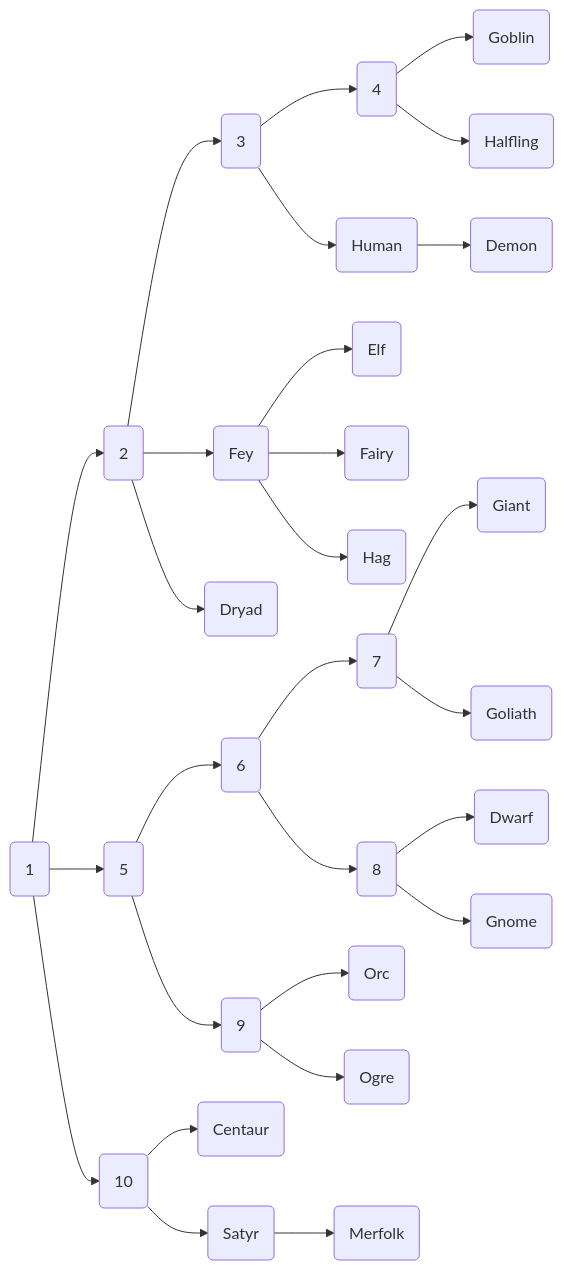
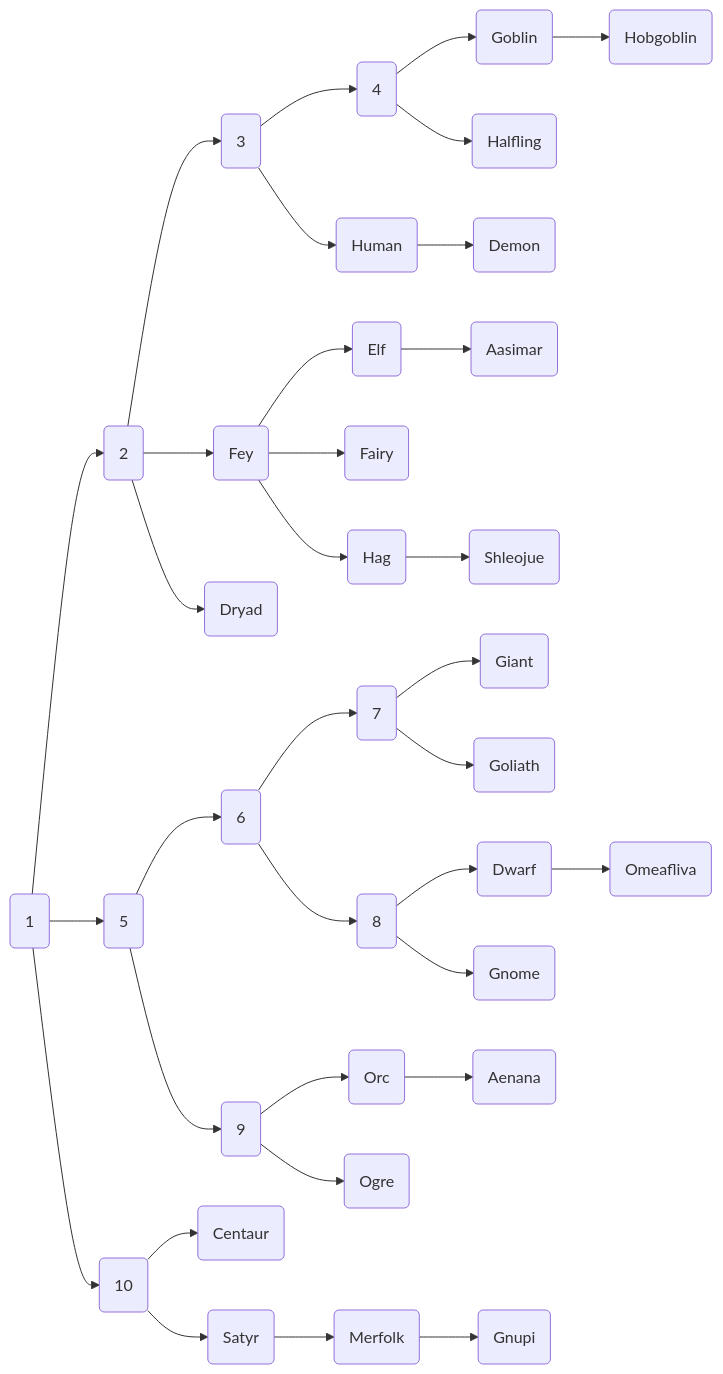
The diagram in content/Races/List of Humanoid Races.md (Kano-Reeves/vorogar), drawn with Mermaid before and after one commit. The commit also changed other lines of this file, not shown here.

````diff
--- a/content/Races/List of Humanoid Races.md
+++ b/content/Races/List of Humanoid Races.md
@@ -3,30 +3,36 @@
 ```mermaid
 graph LR
 	a(1) --> b(2)
 	b --> c(3)
 	b --> d(Fey)
 	c --> e(4)
 	e --> f(Goblin)
+	f --> ad(Hobgoblin)
 	e --> g(Halfling)
 	c --> h(Human)
 	h --> i(Demon)
 	d --> j(Elf)
+	j --> af(Aasimar)
 	d --> k(Fairy)
 	d --> aa(Hag)
+	aa --> ah(Shleojue)
 	a --> l(5)
 	l --> m(6)
 	m --> n(7)
 	m --> o(8)
 	n --> p(Giant)
 	n --> q(Goliath)
 	o --> r(Dwarf)
+	r --> ae(Omeafliva)
 	o --> s(Gnome)
 	l --> t(9)
 	t --> u(Orc)
+	u --> ag(Aenana)
 	t --> v(Ogre)
 	a --> w(10)
 	w --> x(Centaur)
 	w --> z(Satyr)
 	z --> y(Merfolk)
+	y --> ac(Gnupi)
 	b --> ab(Dryad)
 ```
````
